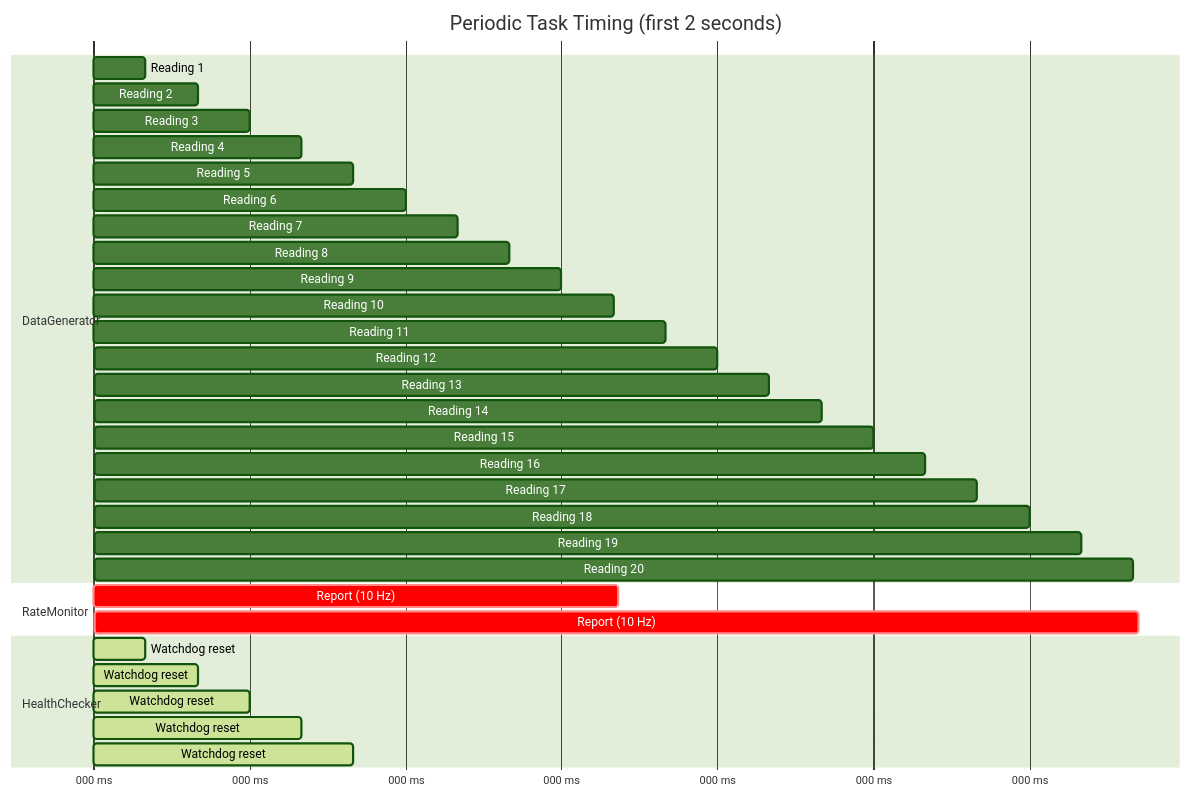
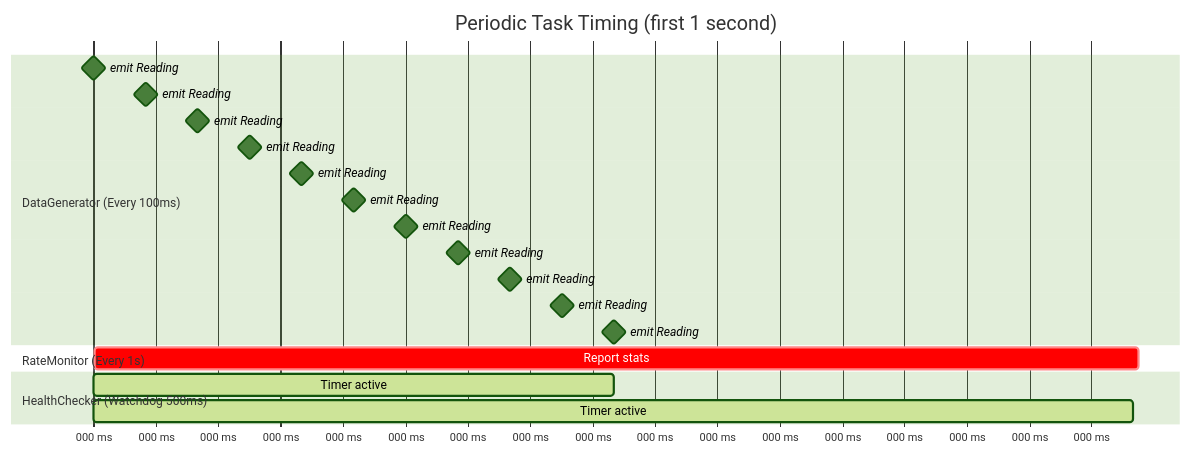
Before and after one commit to Fastcode/NUClear: the diagram in docs2/tutorials/periodic-tasks.md, drawn with Mermaid (forest theme). The commit also changed other lines of this file and 8 other files, not shown here.

````diff
--- a/docs2/tutorials/periodic-tasks.md
+++ b/docs2/tutorials/periodic-tasks.md
@@ -349,39 +349,26 @@
 ```mermaid
 gantt
-    title Periodic Task Timing (first 2 seconds)
+    title Periodic Task Timing (first 1 second)
     dateFormat X
     axisFormat %L ms
 
-    section DataGenerator
-    Reading 1   :0, 100
-    Reading 2   :100, 200
-    Reading 3   :200, 300
-    Reading 4   :300, 400
-    Reading 5   :400, 500
-    Reading 6   :500, 600
-    Reading 7   :600, 700
-    Reading 8   :700, 800
-    Reading 9   :800, 900
-    Reading 10  :900, 1000
-    Reading 11  :1000, 1100
-    Reading 12  :1100, 1200
-    Reading 13  :1200, 1300
-    Reading 14  :1300, 1400
-    Reading 15  :1400, 1500
-    Reading 16  :1500, 1600
-    Reading 17  :1600, 1700
-    Reading 18  :1700, 1800
-    Reading 19  :1800, 1900
-    Reading 20  :1900, 2000
+    section DataGenerator (Every 100ms)
+    emit Reading  :milestone, 0, 0
+    emit Reading  :milestone, 100, 100
+    emit Reading  :milestone, 200, 200
+    emit Reading  :milestone, 300, 300
+    emit Reading  :milestone, 400, 400
+    emit Reading  :milestone, 500, 500
+    emit Reading  :milestone, 600, 600
+    emit Reading  :milestone, 700, 700
+    emit Reading  :milestone, 800, 800
+    emit Reading  :milestone, 900, 900
+    emit Reading  :milestone, 1000, 1000
 
-    section RateMonitor
-    Report (10 Hz)   :crit, 1000, 1010
-    Report (10 Hz)   :crit, 2000, 2010
+    section RateMonitor (Every 1s)
+    Report stats  :crit, 1000, 1005
 
-    section HealthChecker
-    Watchdog reset  :active, 0, 100
-    Watchdog reset  :active, 100, 200
-    Watchdog reset  :active, 200, 300
-    Watchdog reset  :active, 300, 400
-    Watchdog reset  :active, 400, 500
+    section HealthChecker (Watchdog 500ms)
+    Timer active  :active, 0, 500
+    Timer active  :active, 500, 1000
 ```
````
